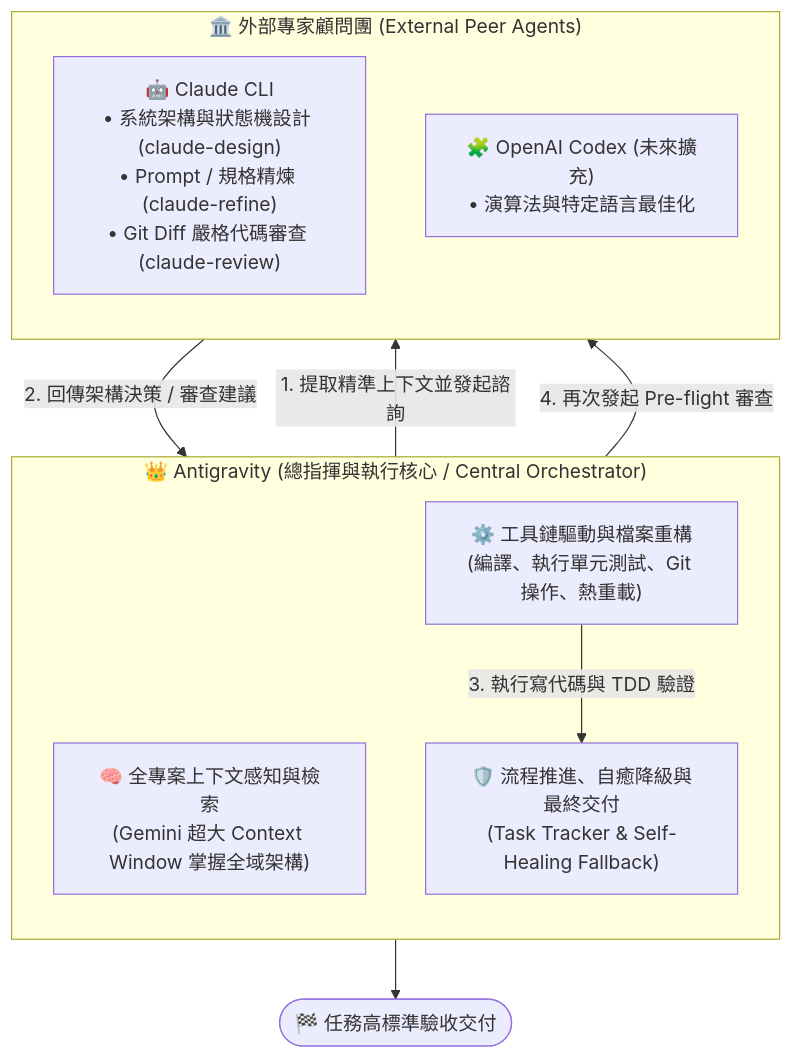
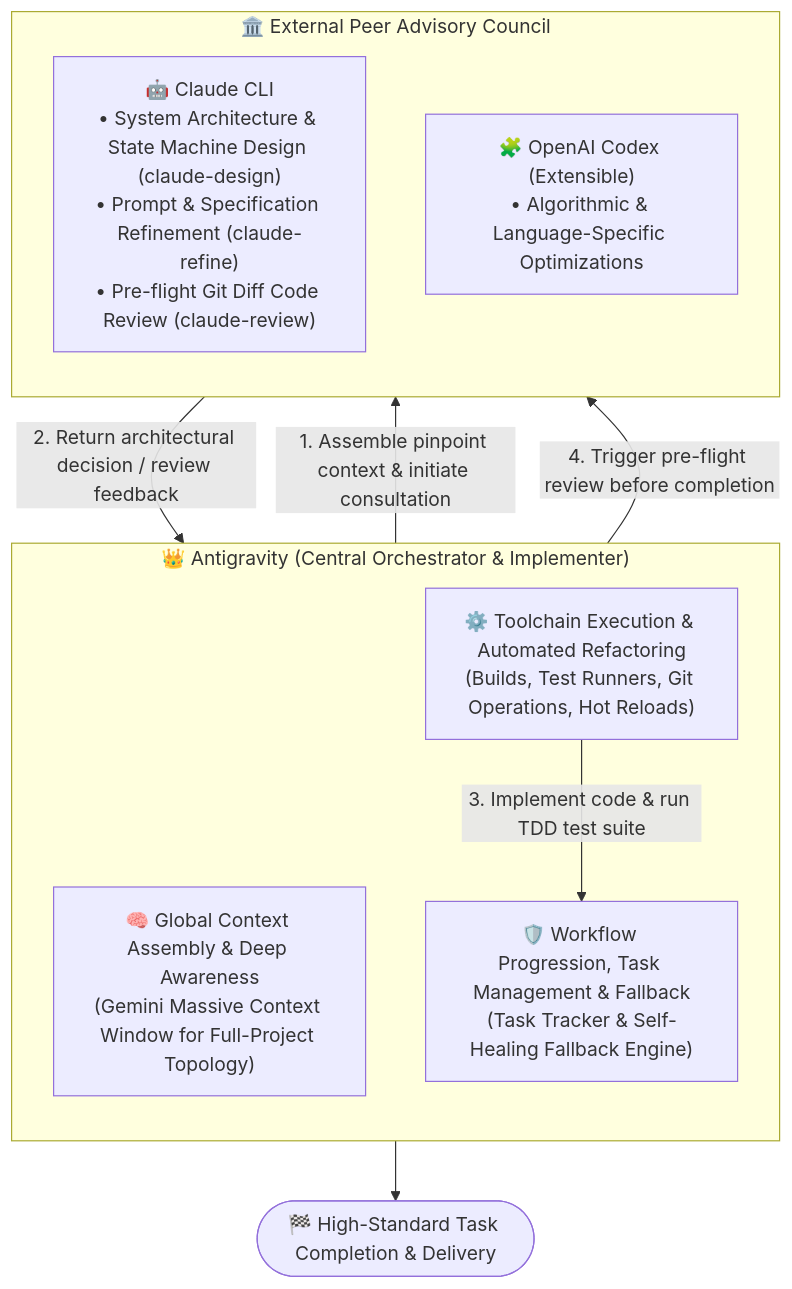
One commit to gogog22510/agent-collaborator changed the first of 2 diagrams in README.md. Above: the diagram before and after it, drawn with Mermaid. The commit also changed other lines of this file and 1 other file, not shown here.

````diff
--- a/README.md
+++ b/README.md
@@ -14,21 +20,21 @@
 ```mermaid
 flowchart TD
-    subgraph Orchestrator["👑 Antigravity (總指揮與執行核心 / Central Orchestrator)"]
+    subgraph Orchestrator["👑 Antigravity (Central Orchestrator & Implementer)"]
         direction TB
-        Awareness["🧠 全專案上下文感知與檢索<br/>(Gemini 超大 Context Window 掌握全域架構)"]
-        Engine["⚙️ 工具鏈驅動與檔案重構<br/>(編譯、執行單元測試、Git 操作、熱重載)"]
-        Supervisor["🛡️ 流程推進、自癒降級與最終交付<br/>(Task Tracker & Self-Healing Fallback)"]
+        Awareness["🧠 Global Context Assembly & Deep Awareness<br/>(Gemini Massive Context Window for Full-Project Topology)"]
+        Engine["⚙️ Toolchain Execution & Automated Refactoring<br/>(Builds, Test Runners, Git Operations, Hot Reloads)"]
+        Supervisor["🛡️ Workflow Progression, Task Management & Fallback<br/>(Task Tracker & Self-Healing Fallback Engine)"]
     end
 
-    subgraph PeerCouncil["🏛️ 外部專家顧問團 (External Peer Agents)"]
+    subgraph PeerCouncil["🏛️ External Peer Advisory Council"]
         direction TB
-        Claude["🤖 Claude CLI<br/>• 系統架構與狀態機設計 (claude-design)<br/>• Prompt / 規格精煉 (claude-refine)<br/>• Git Diff 嚴格代碼審查 (claude-review)"]
-        Codex["🧩 OpenAI Codex (未來擴充)<br/>• 演算法與特定語言最佳化"]
+        Claude["🤖 Claude CLI<br/>• System Architecture & State Machine Design (claude-design)<br/>• Prompt & Specification Refinement (claude-refine)<br/>• Pre-flight Git Diff Code Review (claude-review)"]
+        Codex["🧩 OpenAI Codex (Extensible)<br/>• Algorithmic & Language-Specific Optimizations"]
     end
 
-    Awareness -->|1. 提取精準上下文並發起諮詢| Claude
-    Claude -->|2. 回傳架構決策 / 審查建議| Engine
-    Engine -->|3. 執行寫代碼與 TDD 驗證| Supervisor
-    Supervisor -->|4. 再次發起 Pre-flight 審查| Claude
-    Supervisor --> Done(["🏁 任務高標準驗收交付"])
+    Awareness -->|1. Assemble pinpoint context & initiate consultation| Claude
+    Claude -->|2. Return architectural decision / review feedback| Engine
+    Engine -->|3. Implement code & run TDD test suite| Supervisor
+    Supervisor -->|4. Trigger pre-flight review before completion| Claude
+    Supervisor --> Done(["🏁 High-Standard Task Completion & Delivery"])
 ```
````
